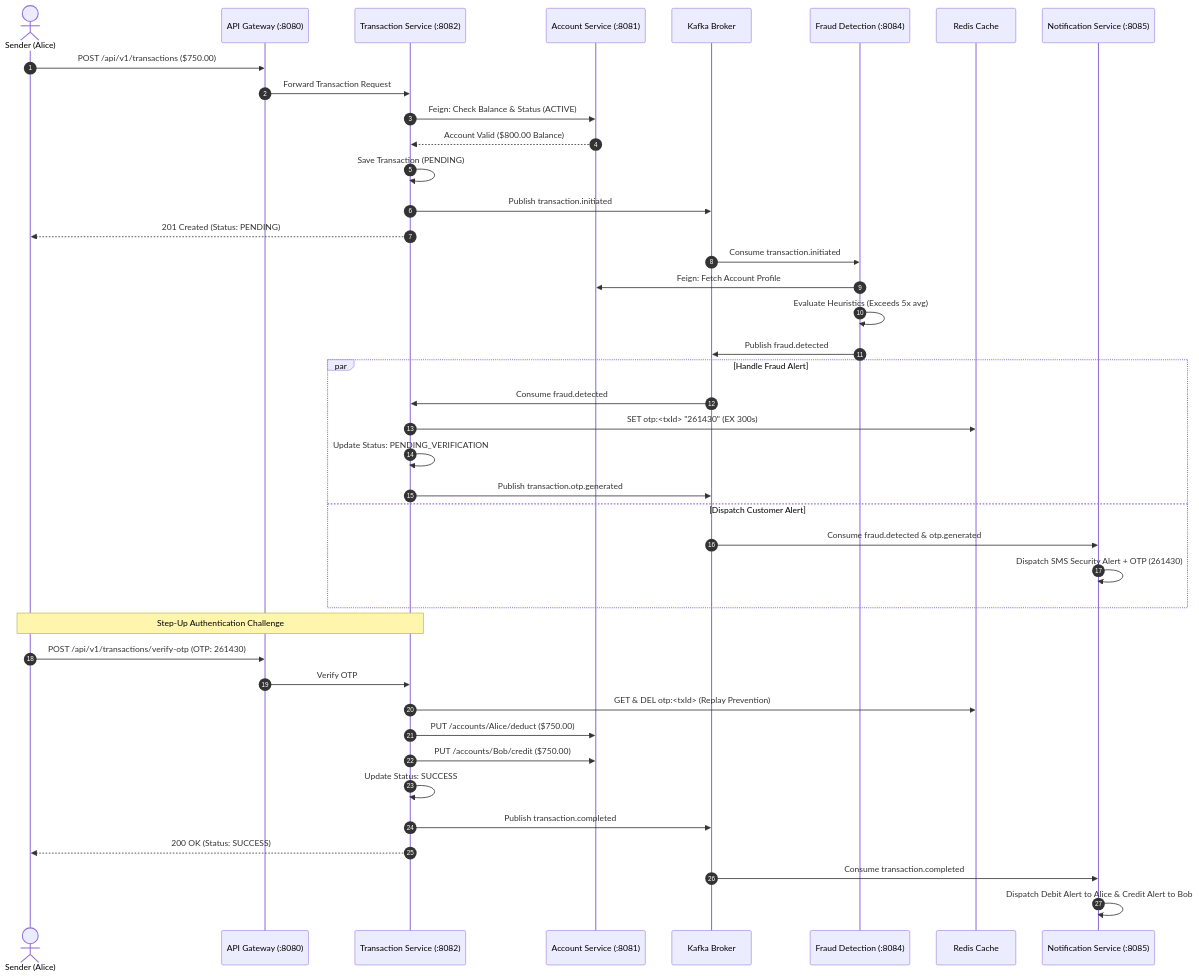
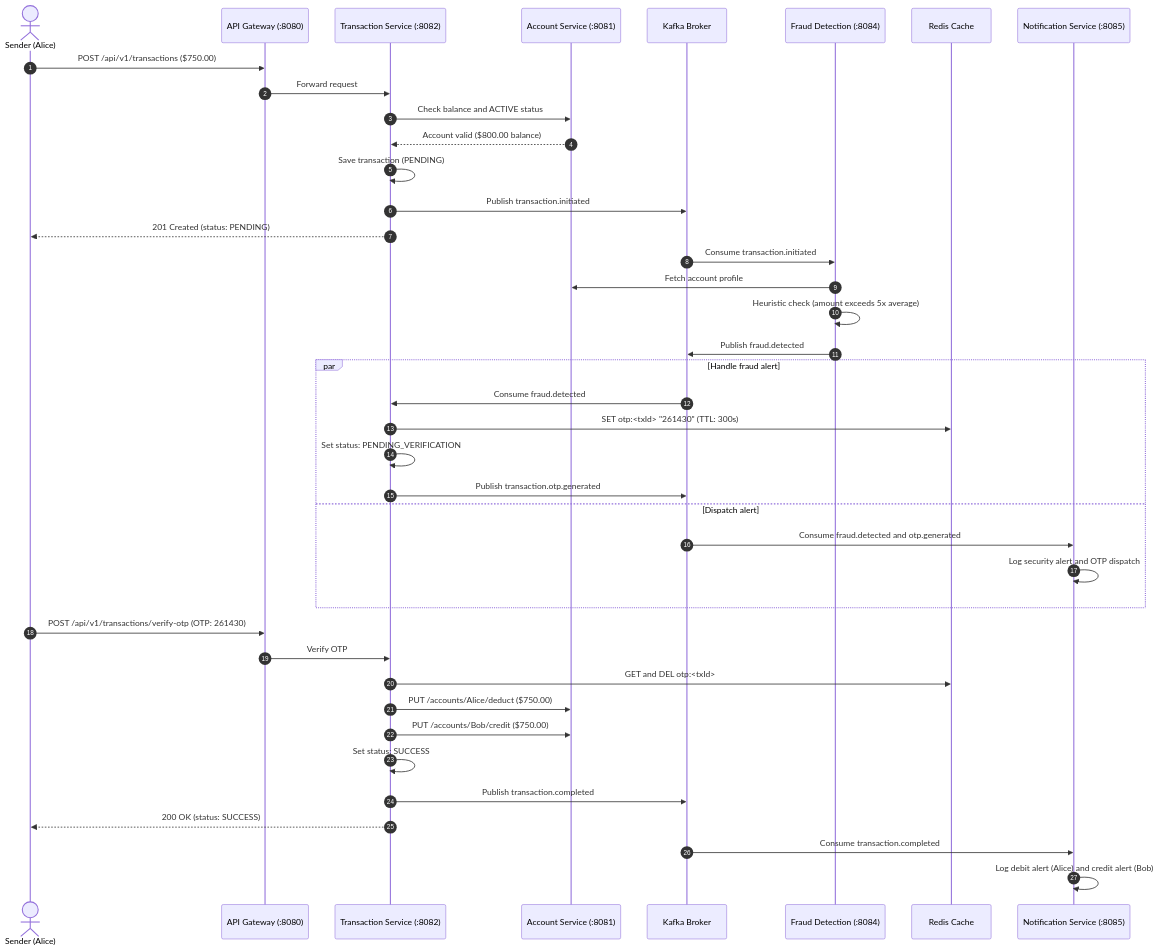
The second of 2 diagrams in README.md (samueldenzil/digital-banking-system), drawn with Mermaid before and after one commit. The commit also changed other lines of this file, not shown here.

Commit message:
docs: update README with streamlined architecture details and design decisions

````diff
--- a/README.md
+++ b/README.md
@@ -156,49 +162,47 @@
 ```mermaid
 sequenceDiagram
     autonumber
     actor Alice as Sender (Alice)
     participant Gateway as API Gateway (:8080)
     participant TxSvc as Transaction Service (:8082)
     participant AccSvc as Account Service (:8081)
     participant Kafka as Kafka Broker
     participant FraudSvc as Fraud Detection (:8084)
     participant Redis as Redis Cache
     participant Notify as Notification Service (:8085)
 
     Alice->>Gateway: POST /api/v1/transactions ($750.00)
-    Gateway->>TxSvc: Forward Transaction Request
-    TxSvc->>AccSvc: Feign: Check Balance & Status (ACTIVE)
-    AccSvc-->>TxSvc: Account Valid ($800.00 Balance)
-    TxSvc->>TxSvc: Save Transaction (PENDING)
+    Gateway->>TxSvc: Forward request
+    TxSvc->>AccSvc: Check balance and ACTIVE status
+    AccSvc-->>TxSvc: Account valid ($800.00 balance)
+    TxSvc->>TxSvc: Save transaction (PENDING)
     TxSvc->>Kafka: Publish transaction.initiated
-    TxSvc-->>Alice: 201 Created (Status: PENDING)
+    TxSvc-->>Alice: 201 Created (status: PENDING)
 
     Kafka->>FraudSvc: Consume transaction.initiated
-    FraudSvc->>AccSvc: Feign: Fetch Account Profile
-    FraudSvc->>FraudSvc: Evaluate Heuristics (Exceeds 5x avg)
+    FraudSvc->>AccSvc: Fetch account profile
+    FraudSvc->>FraudSvc: Heuristic check (amount exceeds 5x average)
     FraudSvc->>Kafka: Publish fraud.detected
 
-    par Handle Fraud Alert
+    par Handle fraud alert
         Kafka->>TxSvc: Consume fraud.detected
-        TxSvc->>Redis: SET otp:<txId> "261430" (EX 300s)
-        TxSvc->>TxSvc: Update Status: PENDING_VERIFICATION
+        TxSvc->>Redis: SET otp:<txId> "261430" (TTL: 300s)
+        TxSvc->>TxSvc: Set status: PENDING_VERIFICATION
         TxSvc->>Kafka: Publish transaction.otp.generated
-    and Dispatch Customer Alert
-        Kafka->>Notify: Consume fraud.detected & otp.generated
-        Notify->>Notify: Dispatch SMS Security Alert + OTP (261430)
+    and Dispatch alert
+        Kafka->>Notify: Consume fraud.detected and otp.generated
+        Notify->>Notify: Log security alert and OTP dispatch
     end
-
-    Note over Alice,TxSvc: Step-Up Authentication Challenge
 
     Alice->>Gateway: POST /api/v1/transactions/verify-otp (OTP: 261430)
     Gateway->>TxSvc: Verify OTP
-    TxSvc->>Redis: GET & DEL otp:<txId> (Replay Prevention)
+    TxSvc->>Redis: GET and DEL otp:<txId>
     TxSvc->>AccSvc: PUT /accounts/Alice/deduct ($750.00)
     TxSvc->>AccSvc: PUT /accounts/Bob/credit ($750.00)
-    TxSvc->>TxSvc: Update Status: SUCCESS
+    TxSvc->>TxSvc: Set status: SUCCESS
     TxSvc->>Kafka: Publish transaction.completed
-    TxSvc-->>Alice: 200 OK (Status: SUCCESS)
+    TxSvc-->>Alice: 200 OK (status: SUCCESS)
 
     Kafka->>Notify: Consume transaction.completed
-    Notify->>Notify: Dispatch Debit Alert to Alice & Credit Alert to Bob
+    Notify->>Notify: Log debit alert (Alice) and credit alert (Bob)
 ```
````
